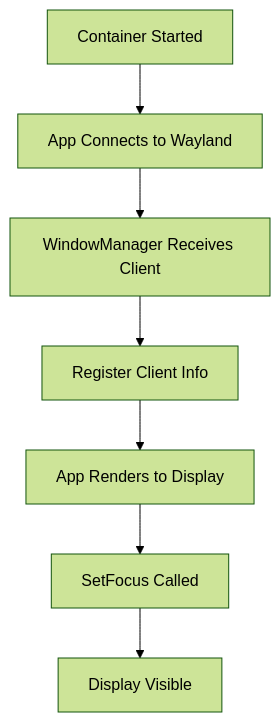
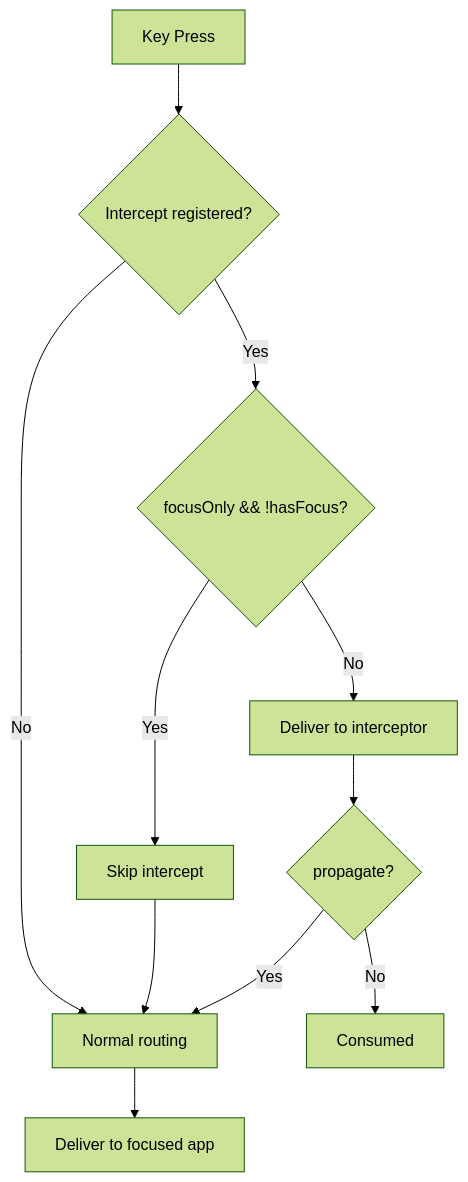
One commit to rdkcentral/entservices-appmanagers changed the fifth of 5 diagrams in RDKWindowManager/RDKWindowManager.md. Above: the diagram before and after it, drawn with Mermaid (forest theme). The commit also changed other lines of this file and 19 other files, not shown here.

````diff
--- a/RDKWindowManager/RDKWindowManager.md
+++ b/RDKWindowManager/RDKWindowManager.md
@@ -203,9 +292,13 @@
 ```mermaid
 flowchart TD
-    A[Container Started] --> B[App Connects to Wayland]
-    B --> C[WindowManager Receives Client]
-    C --> D[Register Client Info]
-    D --> E[App Renders to Display]
-    E --> F[SetFocus Called]
-    F --> G[Display Visible]
+    A[Key Press] --> B{Intercept registered?}
+    B -->|Yes| C{focusOnly && !hasFocus?}
+    C -->|Yes| D[Skip intercept]
+    C -->|No| E[Deliver to interceptor]
+    B -->|No| F[Normal routing]
+    D --> F
+    E --> G{propagate?}
+    G -->|Yes| F
+    G -->|No| H[Consumed]
+    F --> I[Deliver to focused app]
 ```
````
